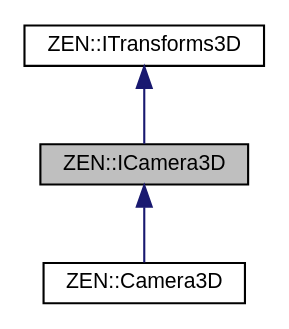
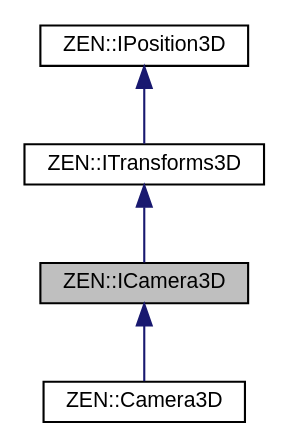
One commit to markhj/zeronetics changed the diagram in classZEN_1_1ICamera3D__inherit__graph.dot. Above: the diagram before and after it, drawn with Graphviz. The commit also changed 184 other files, not shown here.

```diff
--- a/classZEN_1_1ICamera3D__inherit__graph.dot
+++ b/classZEN_1_1ICamera3D__inherit__graph.dot
@@ -1,11 +1,13 @@
 digraph "ZEN::ICamera3D"
 {
  // LATEX_PDF_SIZE
   edge [fontname="Helvetica",fontsize="10",labelfontname="Helvetica",labelfontsize="10"];
   node [fontname="Helvetica",fontsize="10",shape=record];
   Node1 [label="ZEN::ICamera3D",height=0.2,width=0.4,color="black", fillcolor="grey75", style="filled", fontcolor="black",tooltip=" "];
   Node2 -> Node1 [dir="back",color="midnightblue",fontsize="10",style="solid",fontname="Helvetica"];
   Node2 [label="ZEN::ITransforms3D",height=0.2,width=0.4,color="black", fillcolor="white", style="filled",URL="$classZEN_1_1ITransforms3D.html",tooltip=" "];
-  Node1 -> Node3 [dir="back",color="midnightblue",fontsize="10",style="solid",fontname="Helvetica"];
-  Node3 [label="ZEN::Camera3D",height=0.2,width=0.4,color="black", fillcolor="white", style="filled",URL="$classZEN_1_1Camera3D.html",tooltip=" "];
+  Node3 -> Node2 [dir="back",color="midnightblue",fontsize="10",style="solid",fontname="Helvetica"];
+  Node3 [label="ZEN::IPosition3D",height=0.2,width=0.4,color="black", fillcolor="white", style="filled",URL="$classZEN_1_1IPosition3D.html",tooltip=" "];
+  Node1 -> Node4 [dir="back",color="midnightblue",fontsize="10",style="solid",fontname="Helvetica"];
+  Node4 [label="ZEN::Camera3D",height=0.2,width=0.4,color="black", fillcolor="white", style="filled",URL="$classZEN_1_1Camera3D.html",tooltip=" "];
 }
```
